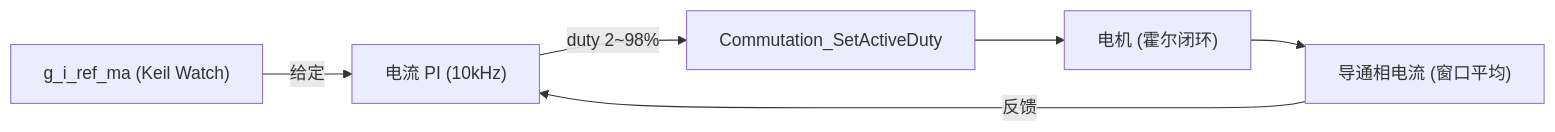
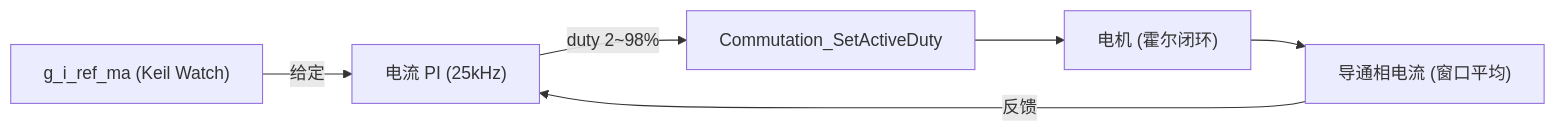
Before and after one commit to HCHCHC99/WS_L: the second of 2 diagrams in ws_L_v.1.0.2/PI电流环.md, drawn with Mermaid. The commit also changed other lines of this file and 6 other files, not shown here.

````diff
--- a/ws_L_v.1.0.2/PI电流环.md
+++ b/ws_L_v.1.0.2/PI电流环.md
@@ -157,8 +157,8 @@
 ```mermaid
 flowchart LR
-    REF["g_i_ref_ma (Keil Watch)"] -->|给定| PI["电流 PI (10kHz)"]
+    REF["g_i_ref_ma (Keil Watch)"] -->|给定| PI["电流 PI (25kHz)"]
     FB["导通相电流 (窗口平均)"] -->|反馈| PI
     PI -->|duty 2~98%| DUTY["Commutation_SetActiveDuty"]
     DUTY --> M["电机 (霍尔闭环)"]
     M --> FB
 ```
````
